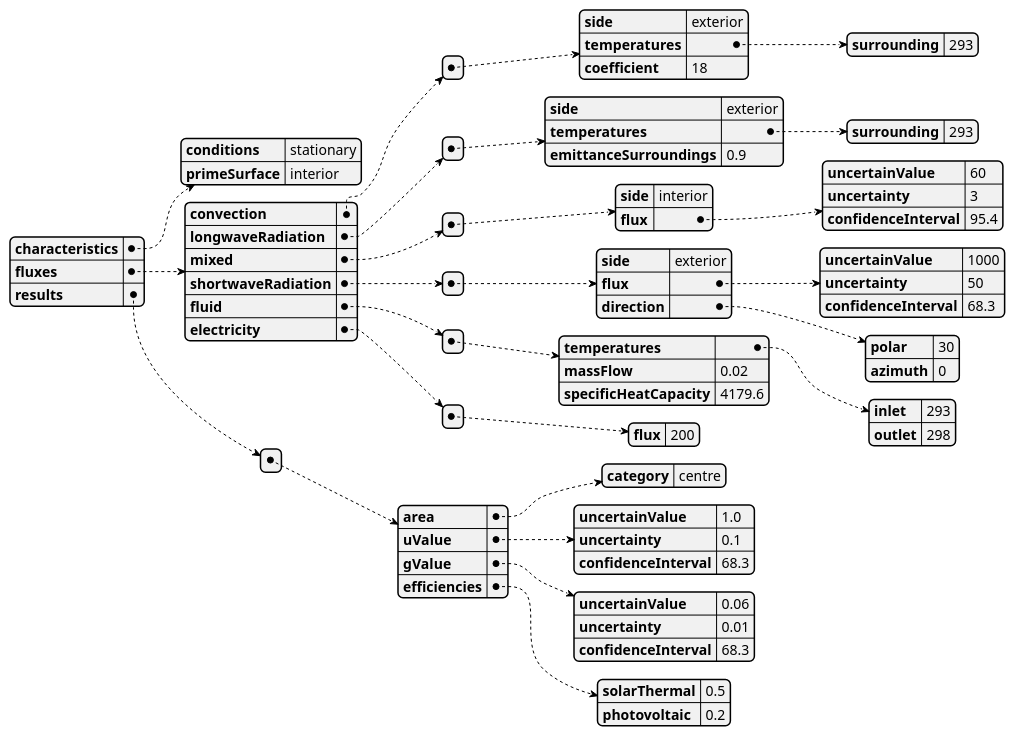
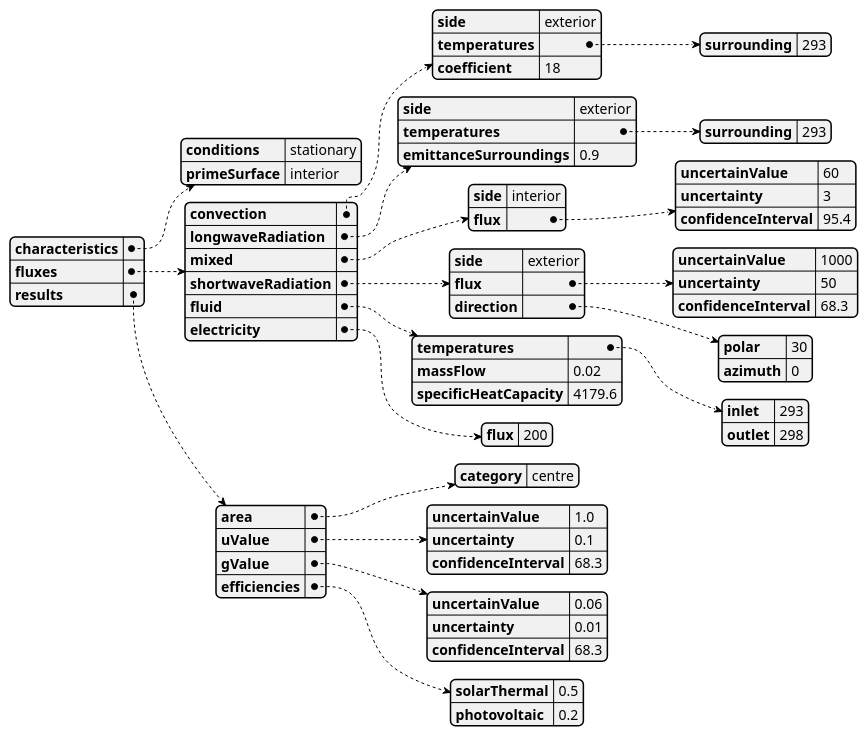
One commit to building-envelope-data/api changed the diagram in docs/diagrams/src/calorimetricData/semiTransparentBipvtDiagram.plantuml. Above: the diagram before and after it, drawn with PlantUML. The commit also changed 1 other file, not shown here.

Commit message:
Improve BIPVT diagram. Remove zoom from .vscode/settings.json .

```diff
--- a/docs/diagrams/src/calorimetricData/semiTransparentBipvtDiagram.plantuml
+++ b/docs/diagrams/src/calorimetricData/semiTransparentBipvtDiagram.plantuml
@@ -1,88 +1,88 @@
 @startjson semiTransparentBipvtCalorimetric
 {
   "characteristics": {
     "conditions": "stationary",
     "primeSurface": "interior"
   },
   "fluxes": {
-    "convection": [
+    "convection": 
       {
         "side": "exterior",
         "temperatures": {
           "surrounding": 293
         },
         "coefficient": 18
       }
-    ],
-    "longwaveRadiation": [
+    ,
+    "longwaveRadiation": 
       {
         "side": "exterior",
         "temperatures": {
           "surrounding": 293
         },
         "emittanceSurroundings": 0.9
       }
-    ],
-    "mixed": [
+    ,
+    "mixed": 
       {
         "side": "interior",
         "flux": {
           "uncertainValue": 60,
           "uncertainty": 3,
           "confidenceInterval": 95.4
         }
       }
-    ],
-    "shortwaveRadiation": [
+    ,
+    "shortwaveRadiation": 
       {
         "side": "exterior",
         "flux": {
           "uncertainValue": 1000,
           "uncertainty": 50,
           "confidenceInterval": 68.3
         },
         "direction": {
           "polar": 30,
           "azimuth": 0
         }
       }
-    ],
-    "fluid": [
+    ,
+    "fluid": 
       {
         "temperatures": {
           "inlet": 293,
           "outlet": 298
         },
         "massFlow": 0.02,
         "specificHeatCapacity": 4179.6
       }
-    ],
-    "electricity": [
+    ,
+    "electricity": 
       {
         "flux": 200
       }
-    ]
+    
   },
-  "results": [
+  "results": 
     {
       "area": {
         "category": "centre"
       },
       "uValue": {
         "uncertainValue": 1.0,
         "uncertainty": 0.1,
         "confidenceInterval": 68.3
       },
       "gValue": {
         "uncertainValue": 0.06,
         "uncertainty": 0.01,
         "confidenceInterval": 68.3
       },
       "efficiencies": {
         "solarThermal": 0.5,
         "photovoltaic": 0.2
       }
     }
-  ]
+  
 }
 @endjson
```
